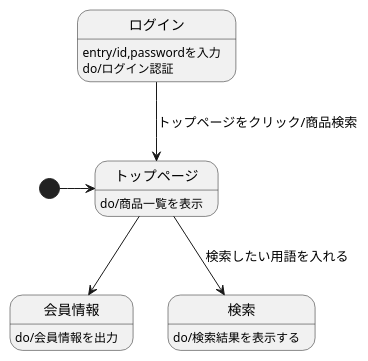
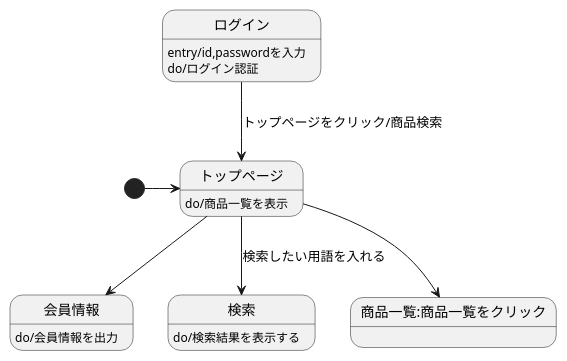
One commit to Aso2001224/2021sys-design changed the diagram in 画面遷移図(original).md. Above: the diagram before and after it, drawn with PlantUML.

````diff
--- a/画面遷移図(original).md
+++ b/画面遷移図(original).md
@@ -1,13 +1,14 @@
 ```uml
 @startuml
 [*]->トップページ
 トップページ:do/商品一覧を表示
 ログイン-->トップページ:トップページをクリック/商品検索
 ログイン:entry/id,passwordを入力
 ログイン:do/ログイン認証
 トップページ-->会員情報
 会員情報:do/会員情報を出力
 トップページ-->検索 :検索したい用語を入れる
 検索:do/検索結果を表示する
+トップページ-->商品一覧:商品一覧をクリック
 @enduml
 ```
````
